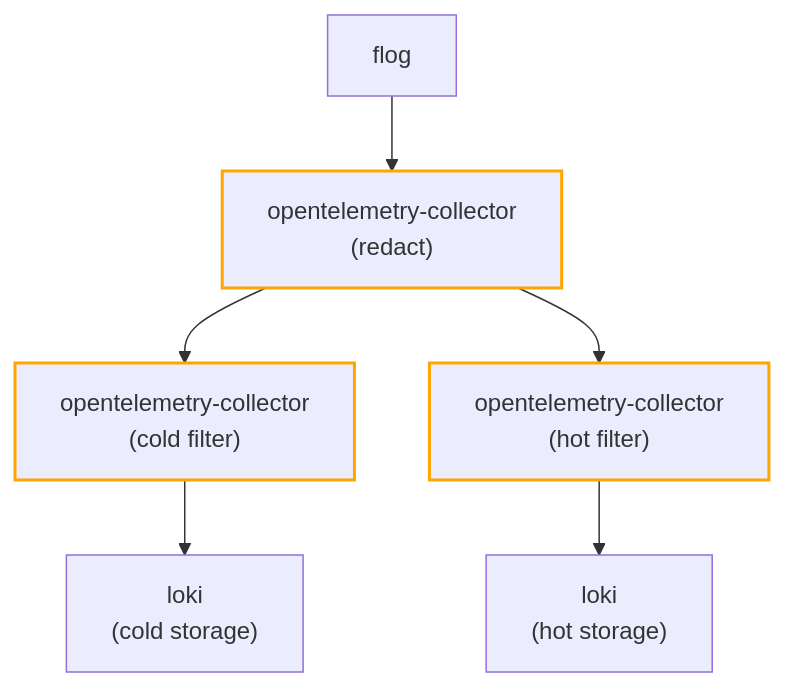
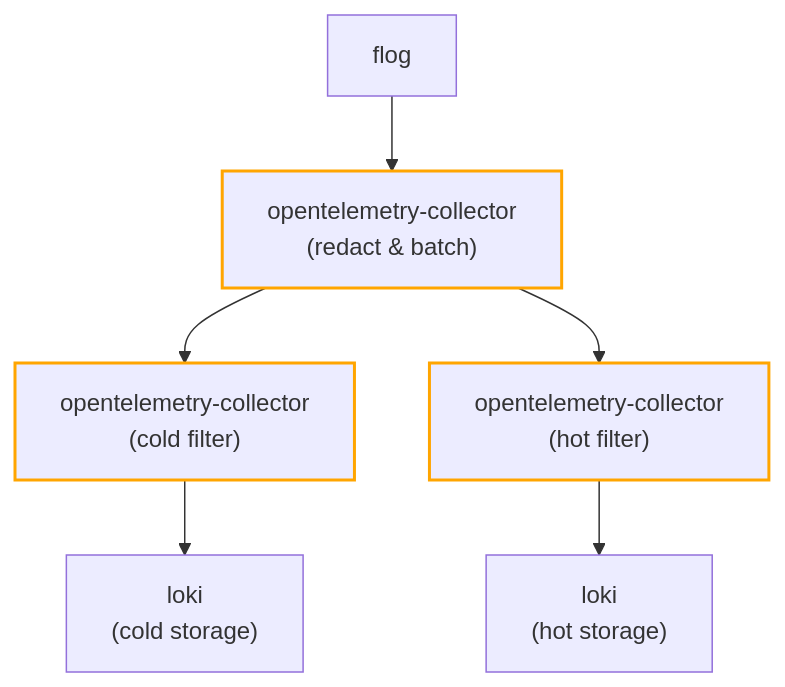
The first of 2 diagrams in docs/how-to/tiered-otelcols.md (canonical/observability-stack), drawn with Mermaid before and after one commit. The commit also changed other lines of this file and 4 other files, not shown here.

````diff
--- a/docs/how-to/tiered-otelcols.md
+++ b/docs/how-to/tiered-otelcols.md
@@ -13,15 +13,15 @@
 ```{mermaid}
 flowchart TB
 
 flog[flog] --> fan-out
-fan-out["opentelemetry-collector<br>(redact)"]
+fan-out["opentelemetry-collector<br>(redact & batch)"]
 fan-out --> warn
 fan-out --> info
 warn["opentelemetry-collector<br>(cold filter)"] --> loki-cold
 info["opentelemetry-collector<br>(hot filter)"] --> loki-hot
 loki-hot["loki<br>(hot storage)"]
 loki-cold["loki<br>(cold storage)"]
 
 class fan-out,warn,info thickStroke;
 classDef thickStroke stroke-width:2px, stroke:#FFA500;
 ```
````
